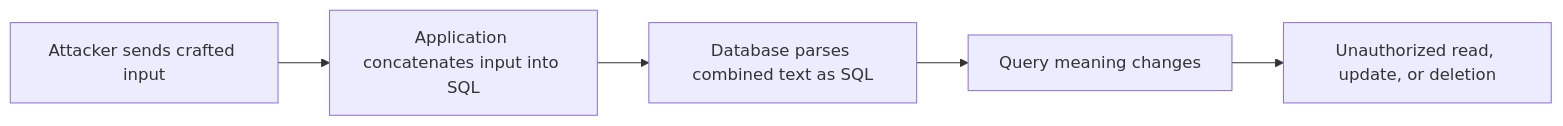
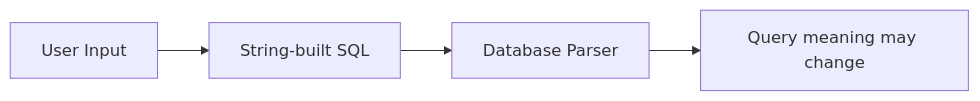
The second of 6 diagrams in src/content/security/sql-injection-xss-csrf.md (AvadhBhalodiya/Interview-Preparation), drawn with Mermaid before and after one commit. The commit also changed other lines of this file and 54 other files, not shown here.

````diff
--- a/src/content/security/sql-injection-xss-csrf.md
+++ b/src/content/security/sql-injection-xss-csrf.md
@@ -143,7 +76,6 @@
 ```mermaid
 flowchart LR
-    A[Attacker sends crafted input] --> B[Application concatenates input into SQL]
-    B --> C[Database parses combined text as SQL]
-    C --> D[Query meaning changes]
-    D --> E[Unauthorized read, update, or deletion]
+    A[User Input] --> B[String-built SQL]
+    B --> C[Database Parser]
+    C --> D[Query meaning may change]
 ```
````
